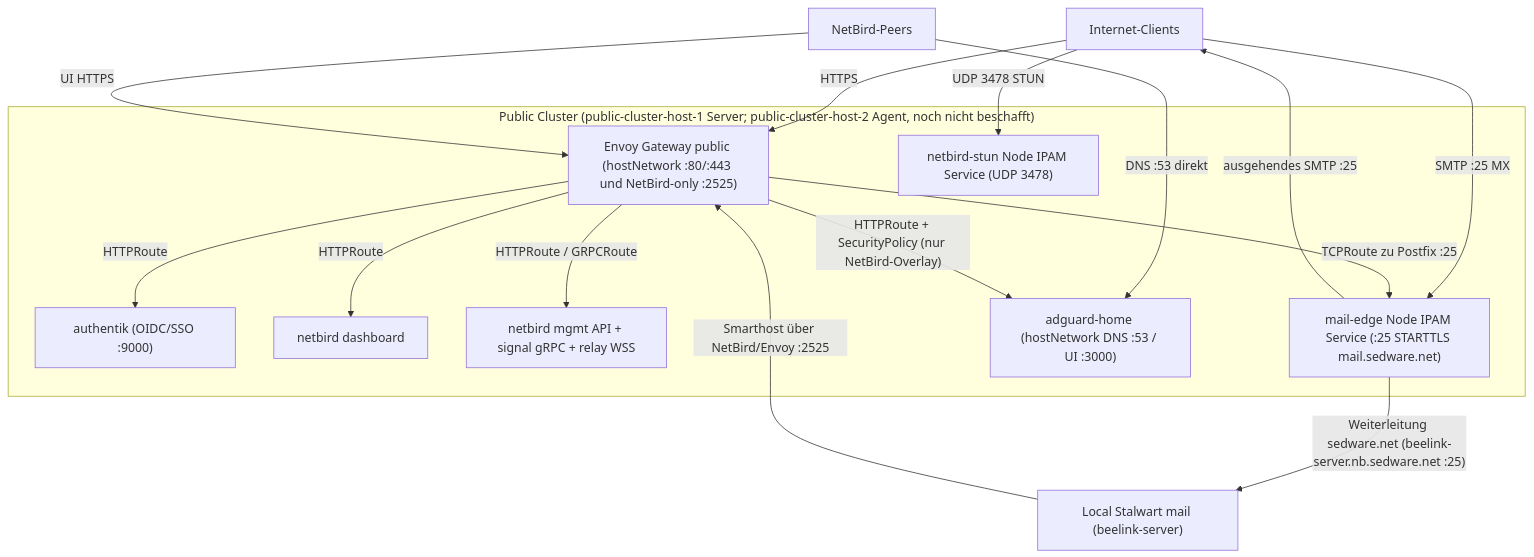
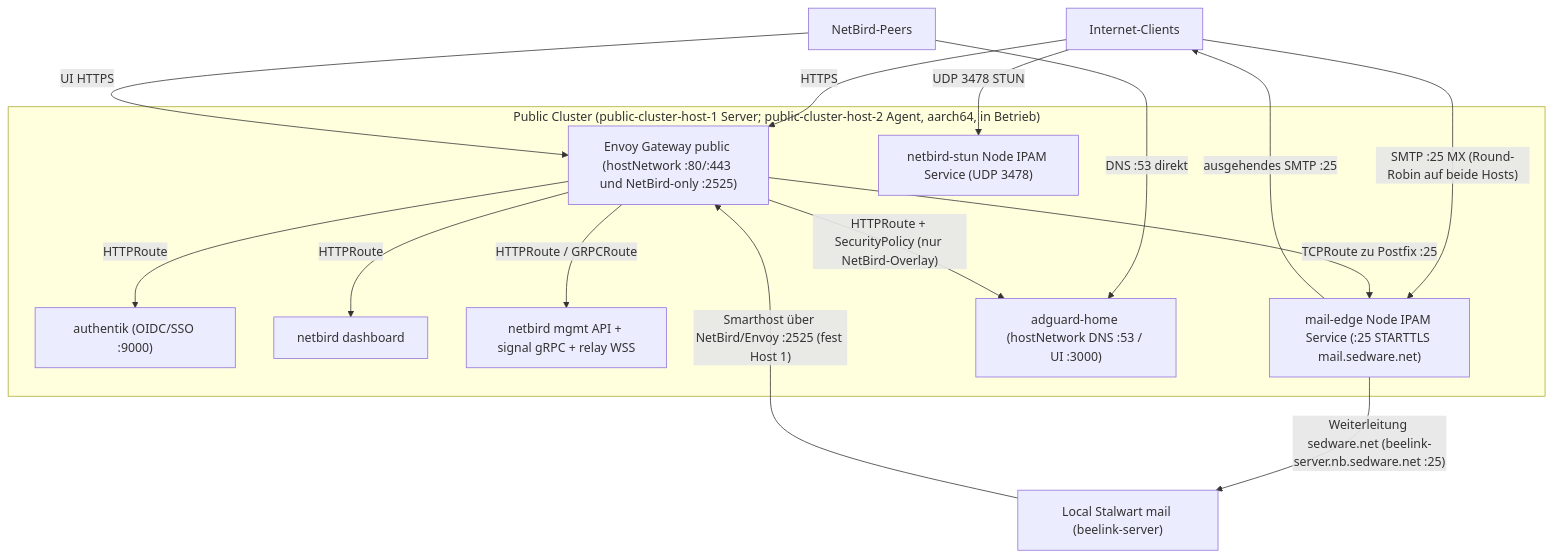
The diagram in docs/architecture.md (rowBeeX/public-cluster-kubernetes), drawn with Mermaid before and after one commit. The commit also changed other lines of this file and 5 other files, not shown here.

````diff
--- a/docs/architecture.md
+++ b/docs/architecture.md
@@ -47,32 +55,32 @@
 ```mermaid
 flowchart TB
   internet["Internet-Clients"]
   nbpeers["NetBird-Peers"]
   stalwart["Local Stalwart mail (beelink-server)"]
 
-  subgraph public["Public Cluster (public-cluster-host-1 Server; public-cluster-host-2 Agent, noch nicht beschafft)"]
+  subgraph public["Public Cluster (public-cluster-host-1 Server; public-cluster-host-2 Agent, aarch64, in Betrieb)"]
     envoy["Envoy Gateway public (hostNetwork :80/:443 und NetBird-only :2525)"]
     authentik["authentik (OIDC/SSO :9000)"]
     nbdash["netbird dashboard"]
     nbmgmt["netbird mgmt API + signal gRPC + relay WSS"]
     stunsvc["netbird-stun Node IPAM Service (UDP 3478)"]
     mailedge["mail-edge Node IPAM Service (:25 STARTTLS mail.sedware.net)"]
     adguard["adguard-home (hostNetwork DNS :53 / UI :3000)"]
   end
 
   internet -->|HTTPS| envoy
   envoy -->|HTTPRoute| authentik
   envoy -->|HTTPRoute| nbdash
   envoy -->|HTTPRoute / GRPCRoute| nbmgmt
 
   internet -->|UDP 3478 STUN| stunsvc
-  internet -->|SMTP :25 MX| mailedge
+  internet -->|"SMTP :25 MX (Round-Robin auf beide Hosts)"| mailedge
   mailedge -->|"Weiterleitung sedware.net (beelink-server.nb.sedware.net :25)"| stalwart
-  stalwart -->|"Smarthost über NetBird/Envoy :2525"| envoy
+  stalwart -->|"Smarthost über NetBird/Envoy :2525 (fest Host 1)"| envoy
   envoy -->|"TCPRoute zu Postfix :25"| mailedge
   mailedge -->|"ausgehendes SMTP :25"| internet
 
   nbpeers -->|DNS :53 direkt| adguard
   nbpeers -->|UI HTTPS| envoy
   envoy -->|"HTTPRoute + SecurityPolicy (nur NetBird-Overlay)"| adguard
 ```
````
